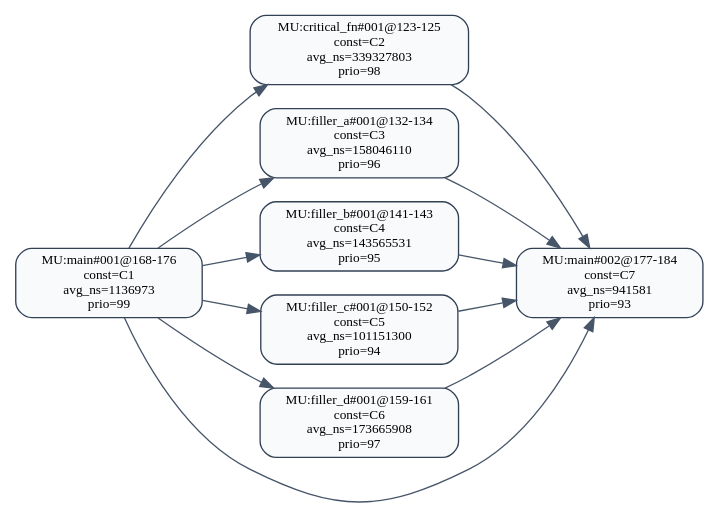
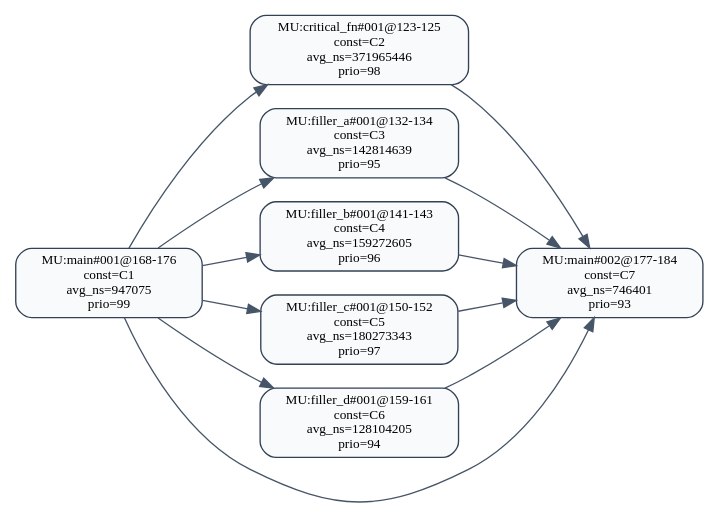
One commit to RTS-SYSU/DAG-Gen changed the diagram in 中间结果/zhang7/pipeline/validation/level2/effective_line_merge/heft/dag_seg_annotated.dot. Above: the diagram before and after it, drawn with Graphviz. The commit also changed 6291 other files, not shown here.

```diff
--- a/中间结果/zhang7/pipeline/validation/level2/effective_line_merge/heft/dag_seg_annotated.dot
+++ b/中间结果/zhang7/pipeline/validation/level2/effective_line_merge/heft/dag_seg_annotated.dot
@@ -1,23 +1,23 @@
 digraph dag_seg_annotated {
   rankdir=LR;
   node [shape=box, style="rounded,filled", fillcolor="#F8FAFC", color="#334155", fontsize=10];
   edge [color="#475569"];
-  "MU:critical_fn#001@123-125" [label="MU:critical_fn#001@123-125\nconst=C2\navg_ns=339327803\nprio=98"];
-  "MU:filler_a#001@132-134" [label="MU:filler_a#001@132-134\nconst=C3\navg_ns=158046110\nprio=96"];
-  "MU:filler_b#001@141-143" [label="MU:filler_b#001@141-143\nconst=C4\navg_ns=143565531\nprio=95"];
-  "MU:filler_c#001@150-152" [label="MU:filler_c#001@150-152\nconst=C5\navg_ns=101151300\nprio=94"];
-  "MU:filler_d#001@159-161" [label="MU:filler_d#001@159-161\nconst=C6\navg_ns=173665908\nprio=97"];
-  "MU:main#001@168-176" [label="MU:main#001@168-176\nconst=C1\navg_ns=1136973\nprio=99"];
-  "MU:main#002@177-184" [label="MU:main#002@177-184\nconst=C7\navg_ns=941581\nprio=93"];
+  "MU:critical_fn#001@123-125" [label="MU:critical_fn#001@123-125\nconst=C2\navg_ns=371965446\nprio=98"];
+  "MU:filler_a#001@132-134" [label="MU:filler_a#001@132-134\nconst=C3\navg_ns=142814639\nprio=95"];
+  "MU:filler_b#001@141-143" [label="MU:filler_b#001@141-143\nconst=C4\navg_ns=159272605\nprio=96"];
+  "MU:filler_c#001@150-152" [label="MU:filler_c#001@150-152\nconst=C5\navg_ns=180273343\nprio=97"];
+  "MU:filler_d#001@159-161" [label="MU:filler_d#001@159-161\nconst=C6\navg_ns=128104205\nprio=94"];
+  "MU:main#001@168-176" [label="MU:main#001@168-176\nconst=C1\navg_ns=947075\nprio=99"];
+  "MU:main#002@177-184" [label="MU:main#002@177-184\nconst=C7\navg_ns=746401\nprio=93"];
   "MU:main#001@168-176" -> "MU:main#002@177-184";
   "MU:main#001@168-176" -> "MU:filler_a#001@132-134";
   "MU:main#001@168-176" -> "MU:filler_b#001@141-143";
   "MU:main#001@168-176" -> "MU:filler_c#001@150-152";
   "MU:main#001@168-176" -> "MU:filler_d#001@159-161";
   "MU:main#001@168-176" -> "MU:critical_fn#001@123-125";
   "MU:critical_fn#001@123-125" -> "MU:main#002@177-184";
   "MU:filler_a#001@132-134" -> "MU:main#002@177-184";
   "MU:filler_b#001@141-143" -> "MU:main#002@177-184";
   "MU:filler_c#001@150-152" -> "MU:main#002@177-184";
   "MU:filler_d#001@159-161" -> "MU:main#002@177-184";
 }
```
